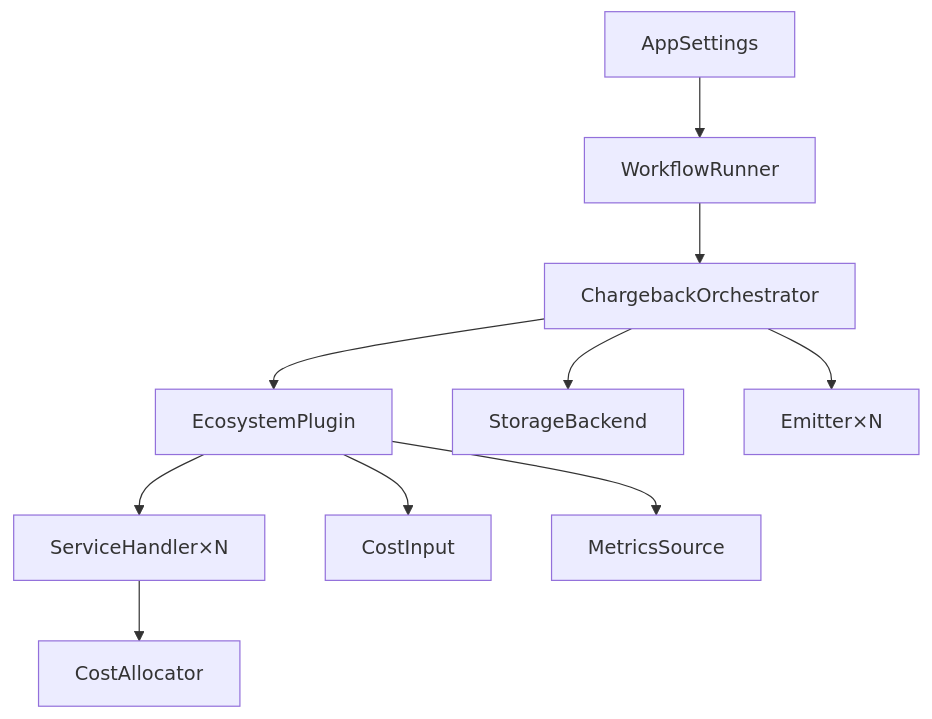
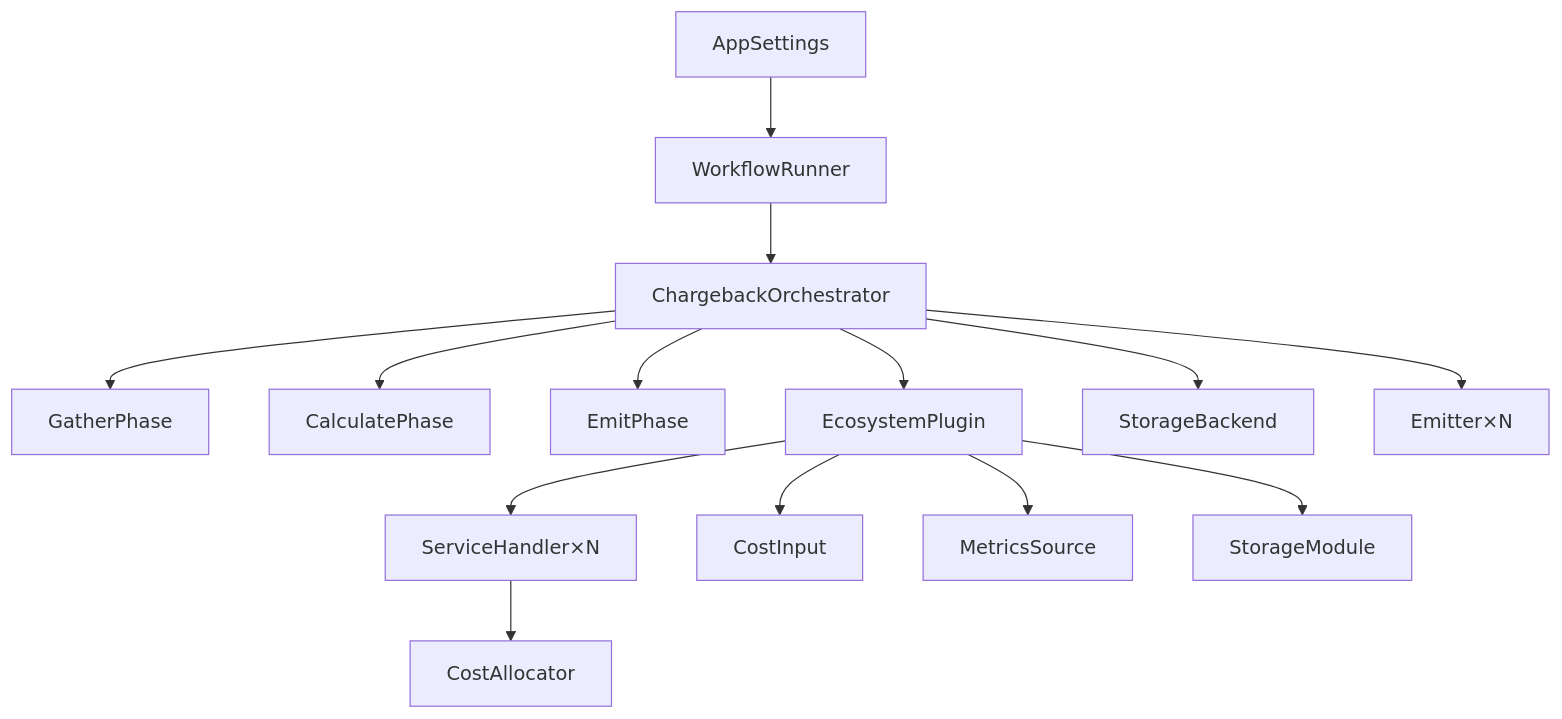
The diagram in docs/architecture/index.md (waliaabhishek/chitragupta), drawn with Mermaid before and after one commit. The commit also changed other lines of this file and 14 other files, not shown here.

````diff
--- a/docs/architecture/index.md
+++ b/docs/architecture/index.md
@@ -7,12 +7,16 @@
 ```mermaid
 graph TD
     A[AppSettings] --> B[WorkflowRunner]
     B --> C[ChargebackOrchestrator]
+    C --> GP[GatherPhase]
+    C --> CP[CalculatePhase]
+    C --> EP[EmitPhase]
     C --> D[EcosystemPlugin]
     D --> E[ServiceHandler×N]
     D --> F[CostInput]
     D --> G[MetricsSource]
+    D --> SM[StorageModule]
     E --> H[CostAllocator]
     C --> I[StorageBackend]
     C --> J[Emitter×N]
 ```
````
